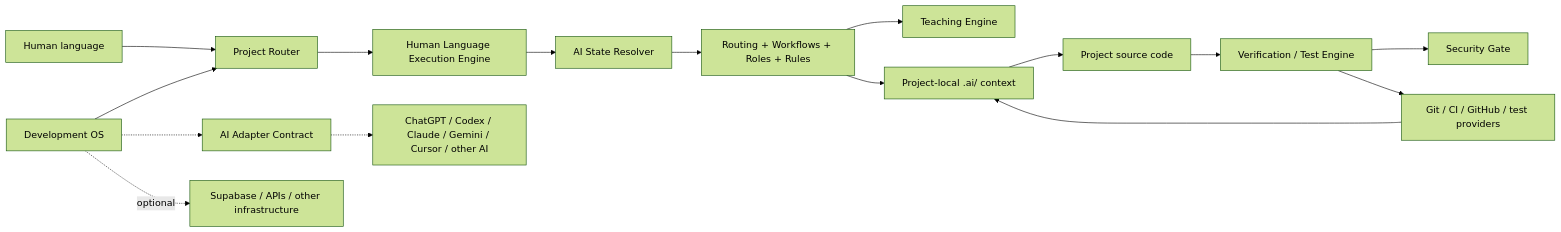
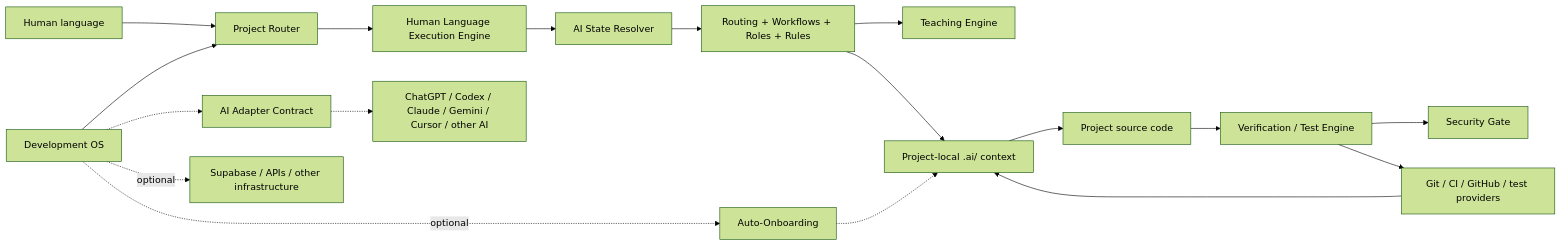
The second of 3 diagrams in docs/ARCHITECTURE.md (zzpsah/chatgpt-development-os), drawn with Mermaid (forest theme) before and after one commit. The commit also changed other lines of this file, not shown here.

Commit message:
docs: synchronize auto-onboarding architecture

````diff
--- a/docs/ARCHITECTURE.md
+++ b/docs/ARCHITECTURE.md
@@ -43,18 +43,20 @@
 ```mermaid
 flowchart LR
     H[Human language] --> R[Project Router]
     R --> E[Human Language Execution Engine]
     E --> SR[AI State Resolver]
     SR --> W[Routing + Workflows + Roles + Rules]
     W --> TE[Teaching Engine]
     W --> PM[Project-local .ai/ context]
     PM --> SRC[Project source code]
     SRC --> V[Verification / Test Engine]
     V --> SG[Security Gate]
     V --> GH[Git / CI / GitHub / test providers]
     GH --> PM
     OS[Development OS] --> R
     OS -.-> AD[AI Adapter Contract]
     AD -.-> AI[ChatGPT / Codex / Claude / Gemini / Cursor / other AI]
+    OS -. optional .-> AO[Auto-Onboarding]
+    AO -.-> PM
     OS -. optional .-> DB[Supabase / APIs / other infrastructure]
 ```
````
